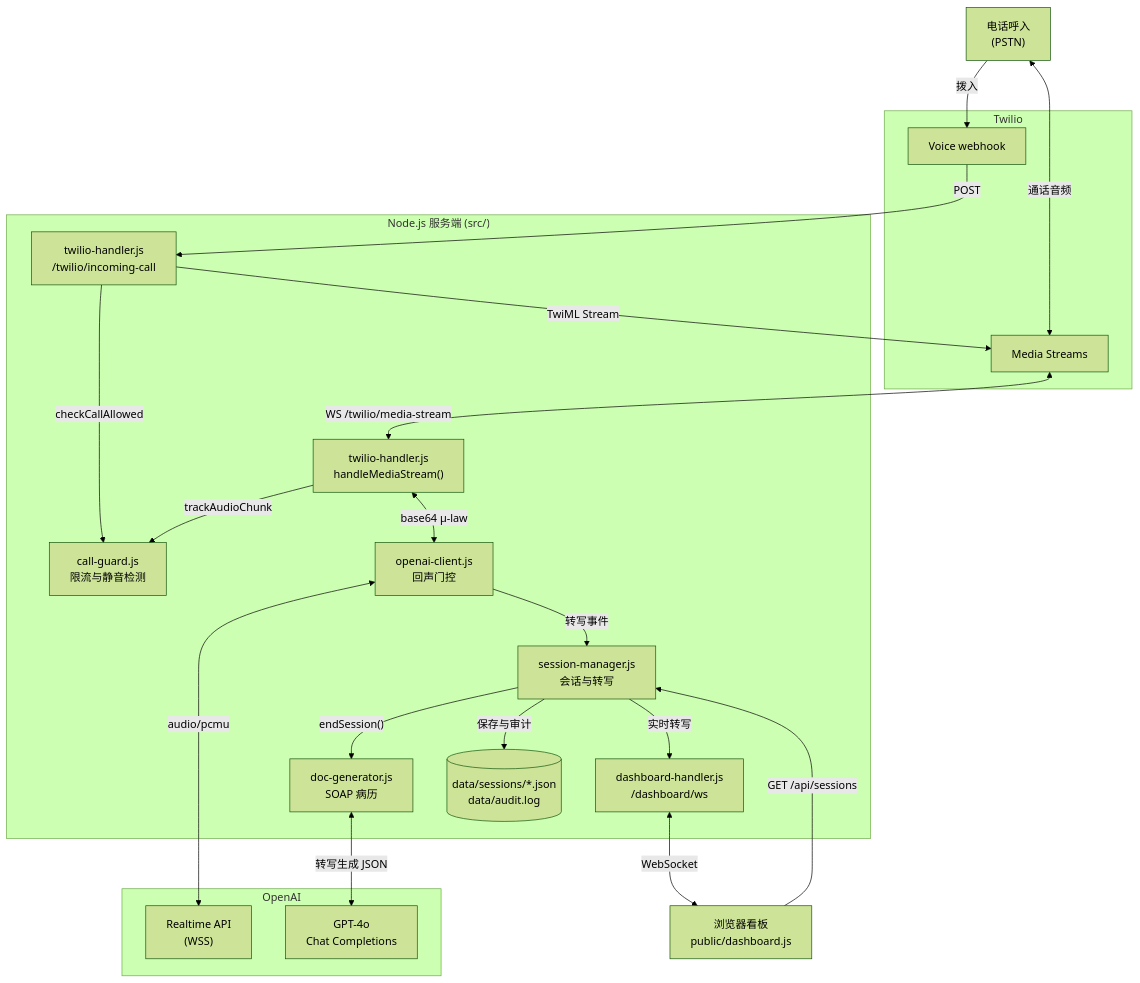
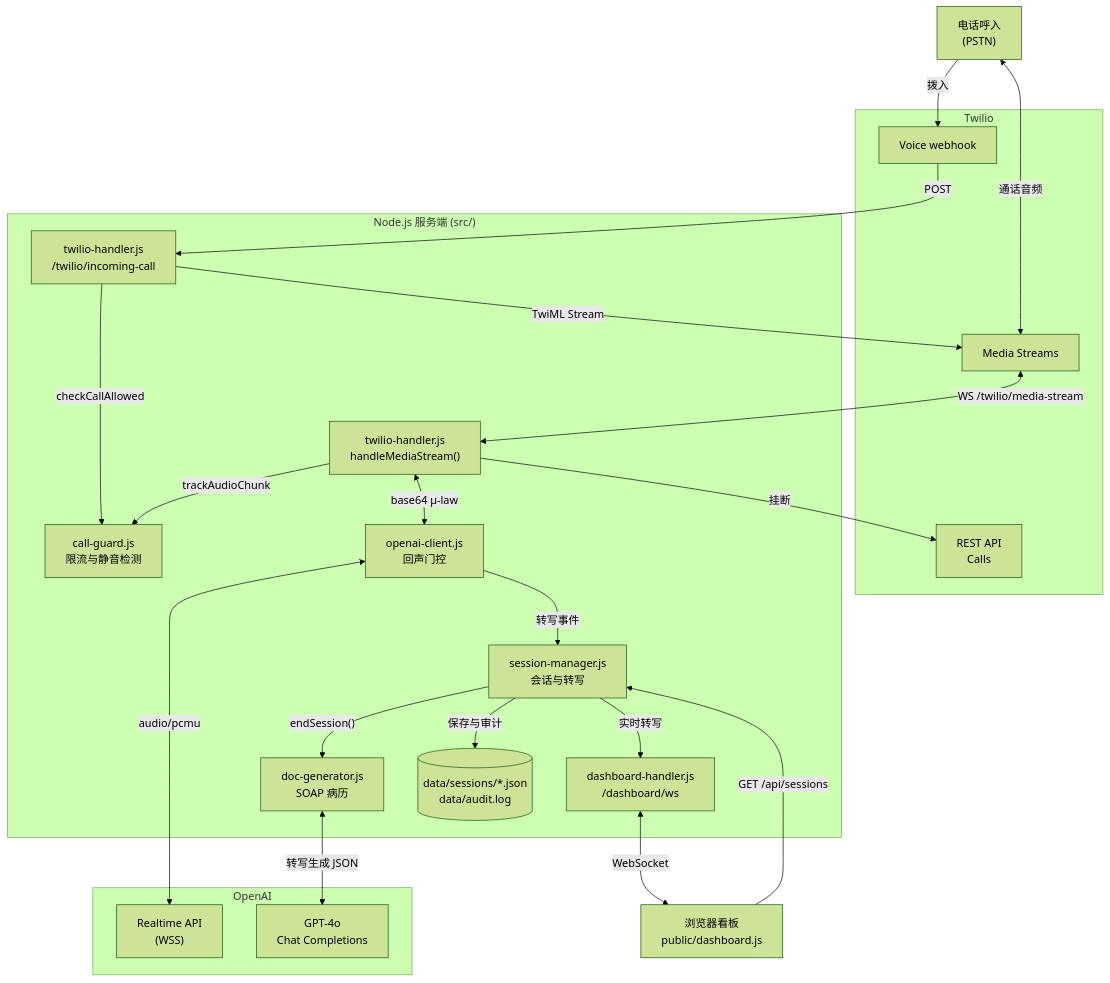
One commit to HenryVarro666/AI-medical-interpreter changed the diagram in README.zh-CN.md. Above: the diagram before and after it, drawn with Mermaid (forest theme). The commit also changed other lines of this file and 1 other file, not shown here.

````diff
--- a/README.zh-CN.md
+++ b/README.zh-CN.md
@@ -69,44 +70,46 @@
 ```mermaid
 flowchart TD
     PHONE["电话呼入<br/>(PSTN)"]
 
     subgraph TW["Twilio"]
         VOICE["Voice webhook"]
         STREAM["Media Streams"]
+        REST["REST API<br/>Calls"]
     end
 
     subgraph SRV["Node.js 服务端 (src/)"]
         IC["twilio-handler.js<br/>/twilio/incoming-call"]
         GUARD["call-guard.js<br/>限流与静音检测"]
         MS["twilio-handler.js<br/>handleMediaStream()"]
         OC["openai-client.js<br/>回声门控"]
         SM["session-manager.js<br/>会话与转写"]
         DH["dashboard-handler.js<br/>/dashboard/ws"]
         DG["doc-generator.js<br/>SOAP 病历"]
         STORE[("data/sessions/*.json<br/>data/audit.log")]
     end
 
     subgraph OAI["OpenAI"]
         RT["Realtime API<br/>(WSS)"]
         CHAT["GPT-4o<br/>Chat Completions"]
     end
 
     UI["浏览器看板<br/>public/dashboard.js"]
 
     PHONE -->|"拨入"| VOICE
     PHONE <-->|"通话音频"| STREAM
     VOICE -->|"POST"| IC
     IC -->|"TwiML Stream"| STREAM
     IC -->|"checkCallAllowed"| GUARD
     STREAM <-->|"WS /twilio/media-stream"| MS
     MS -->|"trackAudioChunk"| GUARD
+    MS -->|"挂断"| REST
     MS <-->|"base64 μ-law"| OC
     OC <-->|"audio/pcmu"| RT
     OC -->|"转写事件"| SM
     SM -->|"实时转写"| DH
     DH <-->|"WebSocket"| UI
     UI -->|"GET /api/sessions"| SM
     SM -->|"endSession()"| DG
     DG <-->|"转写生成 JSON"| CHAT
     SM -->|"保存与审计"| STORE
 ```
````
